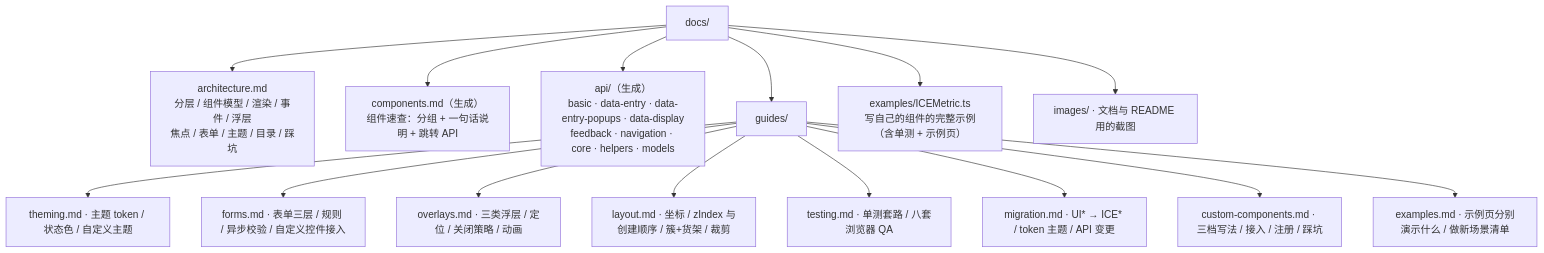
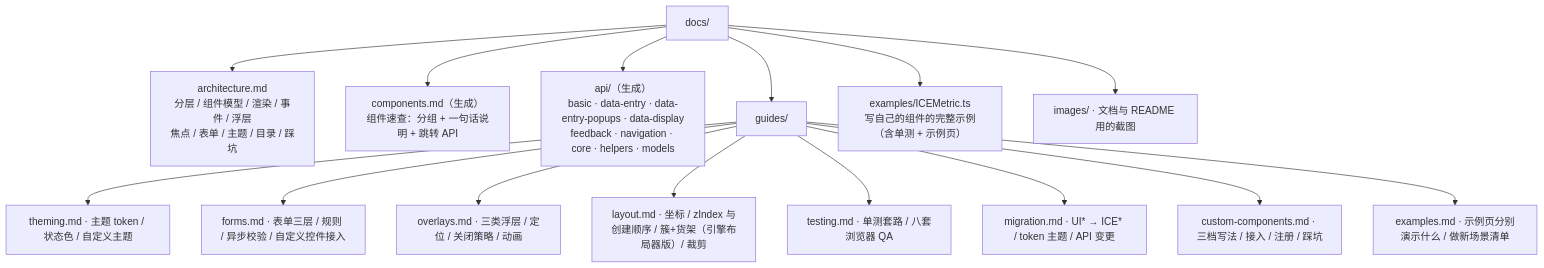
One commit to ice-render/ice-web-components changed the diagram in docs/README.md. Above: the diagram before and after it, drawn with Mermaid. The commit also changed 2 other files, not shown here.

Commit message:
docs(layout): 「簇 + 货架」一节改为引擎布局器版（含示例骨架与引用修正）
- layout.md 第三节：簇 = 容器节点；簇区 = ICEFlowLayout({ pack:'first-fit', crossAlign, gap, gapY })；
  版块/整页 = ICEBoxLayout(axis:'y')；页面只保留「量簇」与「尺寸协商（getPreferredSize 自下而上）」
- 手写 60 行的旧建议与 2~3px 容差说明改为「first-fit 内置 0.5px 容差」；动态文案的幂等重排保留
- 修正 examples.md（2 处）与 docs/README.md 里「手写」的提法

门禁：npm run docs（docs:api + docs:check）通过

````diff
--- a/docs/README.md
+++ b/docs/README.md
@@ -22,18 +22,18 @@
 ```mermaid
 flowchart TD
   DOCS["docs/"]
   DOCS --> ARCH["architecture.md<br/>分层 / 组件模型 / 渲染 / 事件 / 浮层<br/>焦点 / 表单 / 主题 / 目录 / 踩坑"]
   DOCS --> COMP["components.md（生成）<br/>组件速查：分组 + 一句话说明 + 跳转 API"]
   DOCS --> API["api/（生成）<br/>basic · data-entry · data-entry-popups · data-display<br/>feedback · navigation · core · helpers · models"]
   DOCS --> GUIDES["guides/"]
   DOCS --> EX["examples/ICEMetric.ts<br/>写自己的组件的完整示例（含单测 + 示例页）"]
   DOCS --> IMG["images/ · 文档与 README 用的截图"]
   GUIDES --> G1["theming.md · 主题 token / 状态色 / 自定义主题"]
   GUIDES --> G2["forms.md · 表单三层 / 规则 / 异步校验 / 自定义控件接入"]
   GUIDES --> G3["overlays.md · 三类浮层 / 定位 / 关闭策略 / 动画"]
-  GUIDES --> G4["layout.md · 坐标 / zIndex 与创建顺序 / 簇+货架 / 裁剪"]
+  GUIDES --> G4["layout.md · 坐标 / zIndex 与创建顺序 / 簇+货架（引擎布局器版）/ 裁剪"]
   GUIDES --> G5["testing.md · 单测套路 / 八套浏览器 QA"]
   GUIDES --> G6["migration.md · UI* → ICE* / token 主题 / API 变更"]
   GUIDES --> G7["custom-components.md · 三档写法 / 接入 / 注册 / 踩坑"]
   GUIDES --> G8["examples.md · 示例页分别演示什么 / 做新场景清单"]
 ```
````
